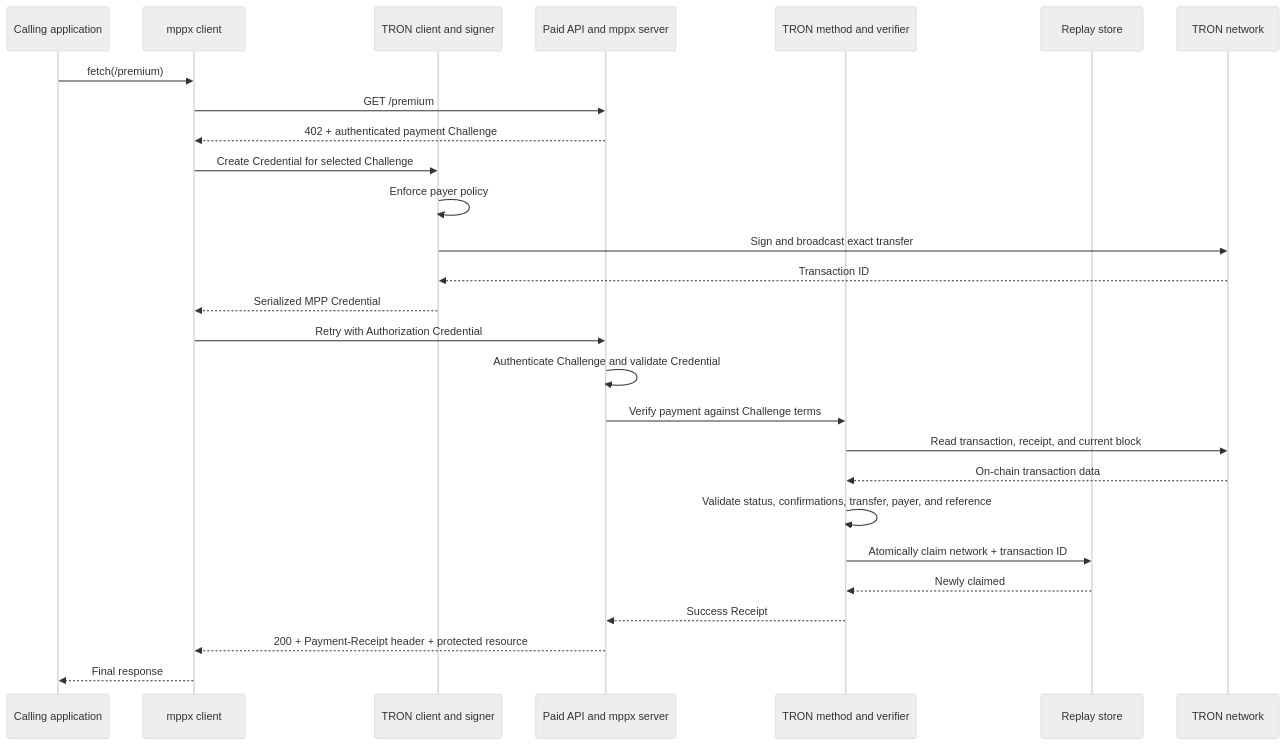
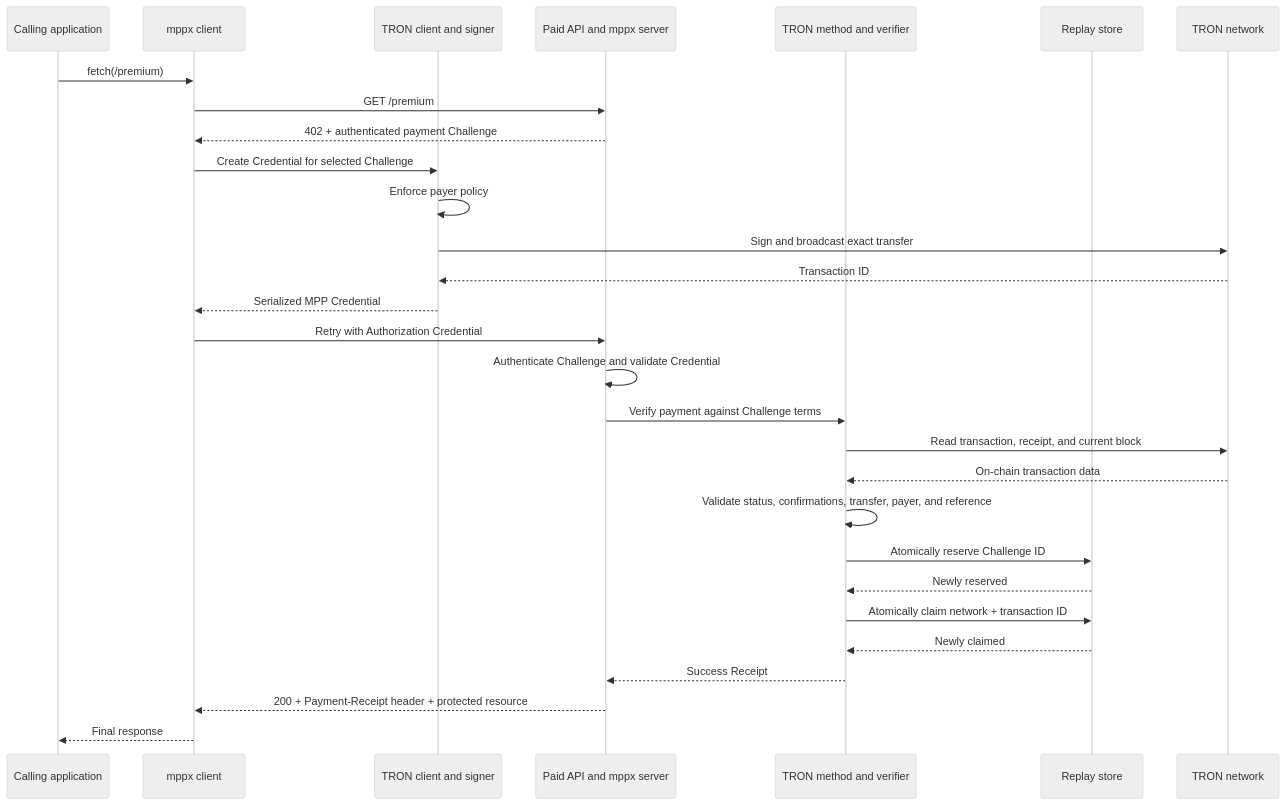
Before and after one commit to aziz1975/tron-mpp-sdk: the diagram in docs/END_TO_END_FLOW.md, drawn with Mermaid (neutral theme). The commit also changed other lines of this file and 13 other files, not shown here.

````diff
--- a/docs/END_TO_END_FLOW.md
+++ b/docs/END_TO_END_FLOW.md
@@ -57,30 +57,32 @@
 ```mermaid
 sequenceDiagram
     participant App as Calling application
     participant MC as mppx client
     participant TC as TRON client and signer
     participant API as Paid API and mppx server
     participant TS as TRON method and verifier
     participant Store as Replay store
     participant Node as TRON network
 
     App->>MC: fetch(/premium)
     MC->>API: GET /premium
     API-->>MC: 402 + authenticated payment Challenge
     MC->>TC: Create Credential for selected Challenge
     TC->>TC: Enforce payer policy
     TC->>Node: Sign and broadcast exact transfer
     Node-->>TC: Transaction ID
     TC-->>MC: Serialized MPP Credential
     MC->>API: Retry with Authorization Credential
     API->>API: Authenticate Challenge and validate Credential
     API->>TS: Verify payment against Challenge terms
     TS->>Node: Read transaction, receipt, and current block
     Node-->>TS: On-chain transaction data
     TS->>TS: Validate status, confirmations, transfer, payer, and reference
+    TS->>Store: Atomically reserve Challenge ID
+    Store-->>TS: Newly reserved
     TS->>Store: Atomically claim network + transaction ID
     Store-->>TS: Newly claimed
     TS-->>API: Success Receipt
     API-->>MC: 200 + Payment-Receipt header + protected resource
     MC-->>App: Final response
 ```
````
